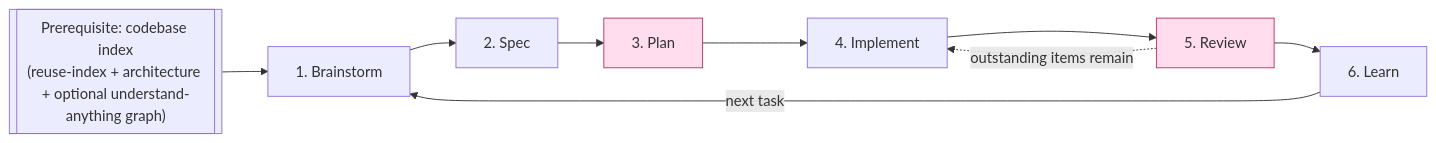
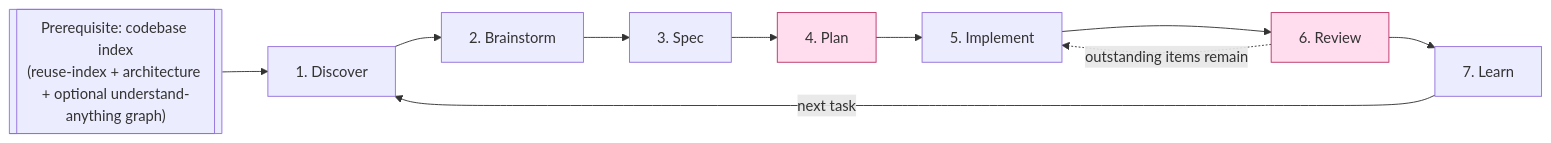
Before and after one commit to taipt1504/claudehut: the first of 6 diagrams in .claude/docs/design/01-agentic-workflow.md, drawn with Mermaid. The commit also changed other lines of this file and 32 other files, not shown here.

````diff
--- a/.claude/docs/design/01-agentic-workflow.md
+++ b/.claude/docs/design/01-agentic-workflow.md
@@ -27,14 +27,15 @@
 ```mermaid
 flowchart LR
     IDX[["Prerequisite: codebase index<br/>(reuse-index + architecture + optional understand-anything graph)"]]
-    IDX --> B
-    B[1. Brainstorm] --> S[2. Spec]
-    S --> P[3. Plan]
-    P --> I[4. Implement]
-    I --> R[5. Review]
-    R --> L[6. Learn]
-    L -->|next task| B
+    IDX --> D
+    D[1. Discover] --> B[2. Brainstorm]
+    B --> S[3. Spec]
+    S --> P[4. Plan]
+    P --> I[5. Implement]
+    I --> R[6. Review]
+    R --> L[7. Learn]
+    L -->|next task| D
     R -.->|outstanding items remain| I
     classDef gate fill:#fde,stroke:#b36;
     class P,R gate;
 ```
````
